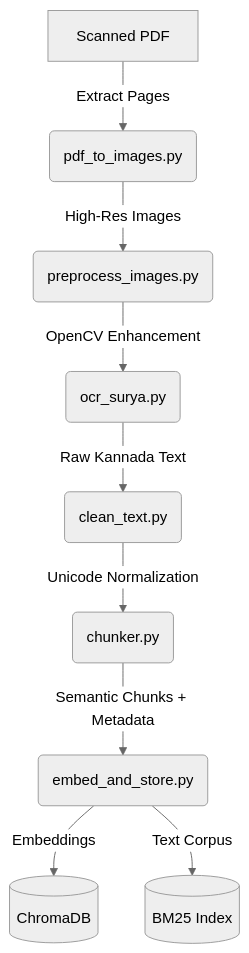
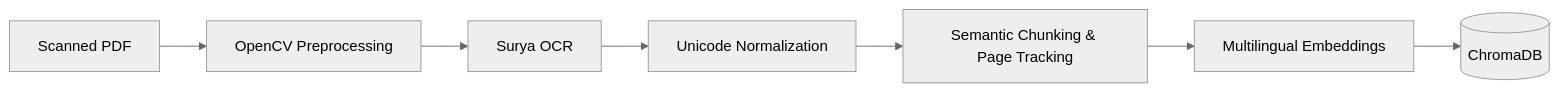
The diagram in README.md (Amruth011/kannada-rag-agent), drawn with Mermaid (neutral theme) before and after one commit. The commit also changed other lines of this file and 9 other files, not shown here.

Commit message:
docs: finalize production release documentation, architecture, checklist, and benchmark summary

````diff
--- a/README.md
+++ b/README.md
@@ -55,11 +66,9 @@
 ```mermaid
-graph TD
-    A[Scanned PDF] -->|Extract Pages| B(pdf_to_images.py)
-    B -->|High-Res Images| C(preprocess_images.py)
-    C -->|OpenCV Enhancement| D(ocr_surya.py)
-    D -->|Raw Kannada Text| E(clean_text.py)
-    E -->|Unicode Normalization| F(chunker.py)
-    F -->|Semantic Chunks + Metadata| G(embed_and_store.py)
-    G -->|Embeddings| H[(ChromaDB)]
-    G -->|Text Corpus| I[(BM25 Index)]
+graph LR
+    A[Scanned PDF] --> B[OpenCV Preprocessing]
+    B --> C[Surya OCR]
+    C --> D[Unicode Normalization]
+    D --> E[Semantic Chunking & Page Tracking]
+    E --> F[Multilingual Embeddings]
+    F --> G[(ChromaDB)]
 ```
````
